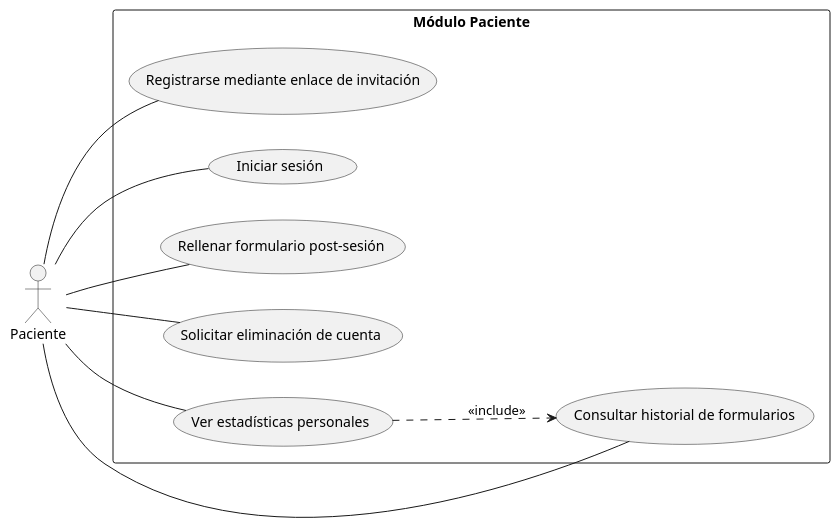
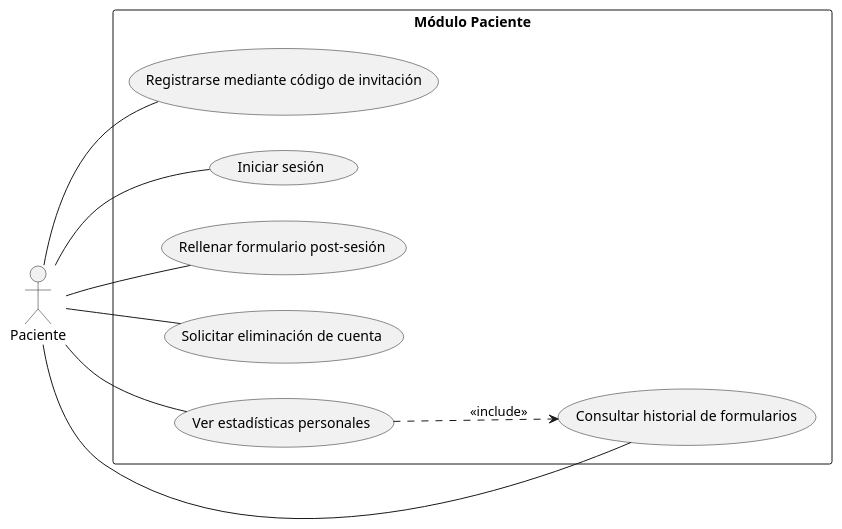
Before and after one commit to Sembrem-prj/base: the diagram in Casos_de_usos/diagrama_caso_uso_paciente.puml, drawn with PlantUML. The commit also changed 1 other file, not shown here.

```diff
--- a/Casos_de_usos/diagrama_caso_uso_paciente.puml
+++ b/Casos_de_usos/diagrama_caso_uso_paciente.puml
@@ -1,20 +1,20 @@
 @startuml Paciente
 left to right direction
 
 actor Paciente as pa
 
 rectangle "Módulo Paciente" {
 
-pa -- (Registrarse mediante enlace de invitación)
+pa -- (Registrarse mediante código de invitación)
 pa -- (Iniciar sesión)
 pa -- (Rellenar formulario post-sesión)
 pa -- (Solicitar eliminación de cuenta)
 
 pa -- (Ver estadísticas personales)
 
 (Ver estadísticas personales) ..> (Consultar historial de formularios) : <<include>>
 pa -- (Consultar historial de formularios)
 
 }
 
 @enduml
```
